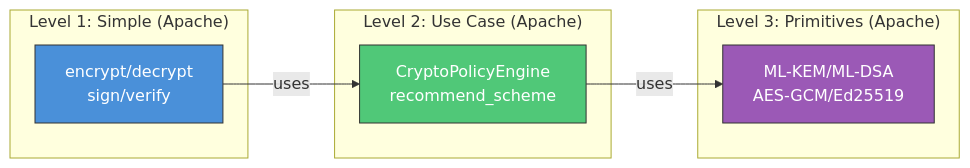
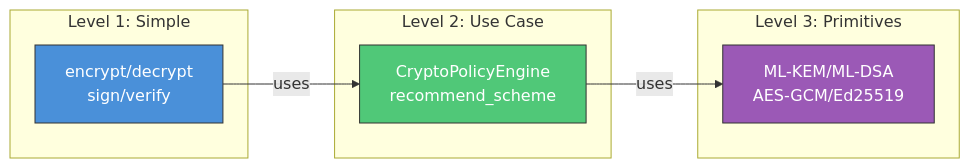
The second of 5 diagrams in docs/DESIGN.md (LatticeArc/latticearc), drawn with Mermaid before and after one commit. The commit also changed other lines of this file and 7 other files, not shown here.

````diff
--- a/docs/DESIGN.md
+++ b/docs/DESIGN.md
@@ -120,25 +98,25 @@
 ```mermaid
 graph LR
-    subgraph "Level 1: Simple (Apache)"
+    subgraph "Level 1: Simple"
         L1[encrypt/decrypt<br/>sign/verify]
     end
 
-    subgraph "Level 2: Use Case (Apache)"
+    subgraph "Level 2: Use Case"
         L2[CryptoPolicyEngine<br/>recommend_scheme]
     end
 
-    subgraph "Level 3: Primitives (Apache)"
+    subgraph "Level 3: Primitives"
         L3[ML-KEM/ML-DSA<br/>AES-GCM/Ed25519]
     end
 
     L1 -->|"uses"| L2
     L2 -->|"uses"| L3
 
     classDef simple fill:#4a90d9,stroke:#333,color:#fff
     classDef usecase fill:#50c878,stroke:#333,color:#fff
     classDef primitive fill:#9b59b6,stroke:#333,color:#fff
 
     class L1 simple
     class L2 usecase
     class L3 primitive
 ```
````
